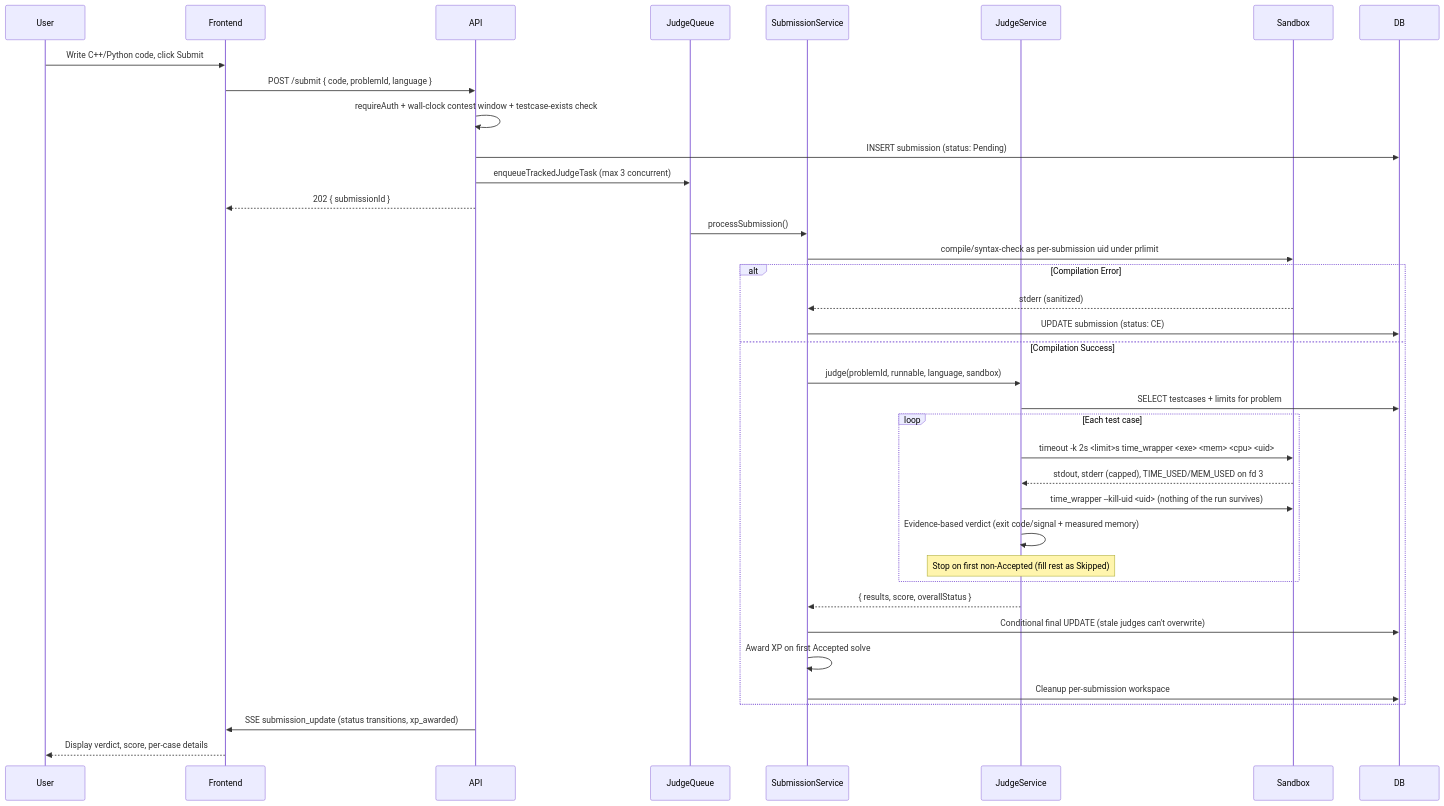
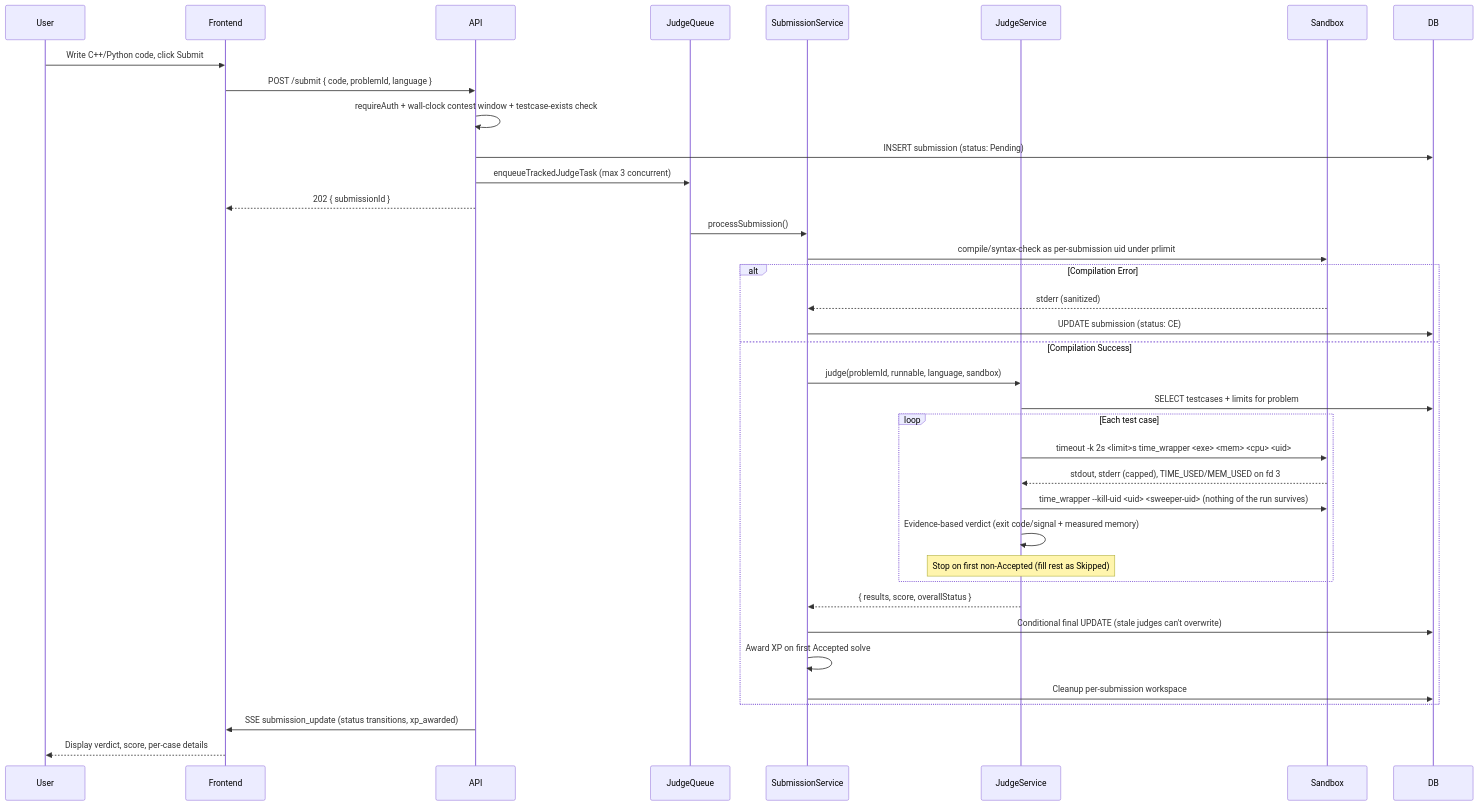
The third of 5 diagrams in .context/ARCHITECTURE.md (Nonbangkok/OJ), drawn with Mermaid before and after one commit. The commit also changed other lines of this file and 2 other files, not shown here.

Commit message:
docs(sandbox): sweeper uid, quarantine policy, SysV deny and the /tmp behaviour change
SANDBOX.md explains who can signal whom during the sweep (real = saved uid =
the identity's sweeper uid, effective uid = the identity), the quarantine and
retry policy, the residual (the euid lets a daemon renice the helper, which
only slows it), the SysV IPC deny, and that glibc tmpfile(), tmpnam-style
names in /tmp and hard-coded /tmp paths now fail for judged C/C++ programs,
which submitters are not told yet. CLAUDE.md and .context/ARCHITECTURE.md
say the same in short.

````diff
--- a/.context/ARCHITECTURE.md
+++ b/.context/ARCHITECTURE.md
@@ -327,40 +327,40 @@
 ```mermaid
 sequenceDiagram
     participant User
     participant Frontend
     participant API
     participant JudgeQueue
     participant SubmissionService
     participant JudgeService
     participant Sandbox
     participant DB
 
     User->>Frontend: Write C++/Python code, click Submit
     Frontend->>API: POST /submit { code, problemId, language }
     API->>API: requireAuth + wall-clock contest window + testcase-exists check
     API->>DB: INSERT submission (status: Pending)
     API->>JudgeQueue: enqueueTrackedJudgeTask (max 3 concurrent)
     API-->>Frontend: 202 { submissionId }
     JudgeQueue->>SubmissionService: processSubmission()
     SubmissionService->>Sandbox: compile/syntax-check as per-submission uid under prlimit
     alt Compilation Error
         Sandbox-->>SubmissionService: stderr (sanitized)
         SubmissionService->>DB: UPDATE submission (status: CE)
     else Compilation Success
         SubmissionService->>JudgeService: judge(problemId, runnable, language, sandbox)
         JudgeService->>DB: SELECT testcases + limits for problem
         loop Each test case
             JudgeService->>Sandbox: timeout -k 2s <limit>s time_wrapper <exe> <mem> <cpu> <uid>
             Sandbox-->>JudgeService: stdout, stderr (capped), TIME_USED/MEM_USED on fd 3
-            JudgeService->>Sandbox: time_wrapper --kill-uid <uid> (nothing of the run survives)
+            JudgeService->>Sandbox: time_wrapper --kill-uid <uid> <sweeper-uid> (nothing of the run survives)
             JudgeService->>JudgeService: Evidence-based verdict (exit code/signal + measured memory)
             Note over JudgeService: Stop on first non-Accepted (fill rest as Skipped)
         end
         JudgeService-->>SubmissionService: { results, score, overallStatus }
         SubmissionService->>DB: Conditional final UPDATE (stale judges can't overwrite)
         SubmissionService->>SubmissionService: Award XP on first Accepted solve
         SubmissionService->>DB: Cleanup per-submission workspace
     end
     API->>Frontend: SSE submission_update (status transitions, xp_awarded)
     Frontend-->>User: Display verdict, score, per-case details
 ```
````
